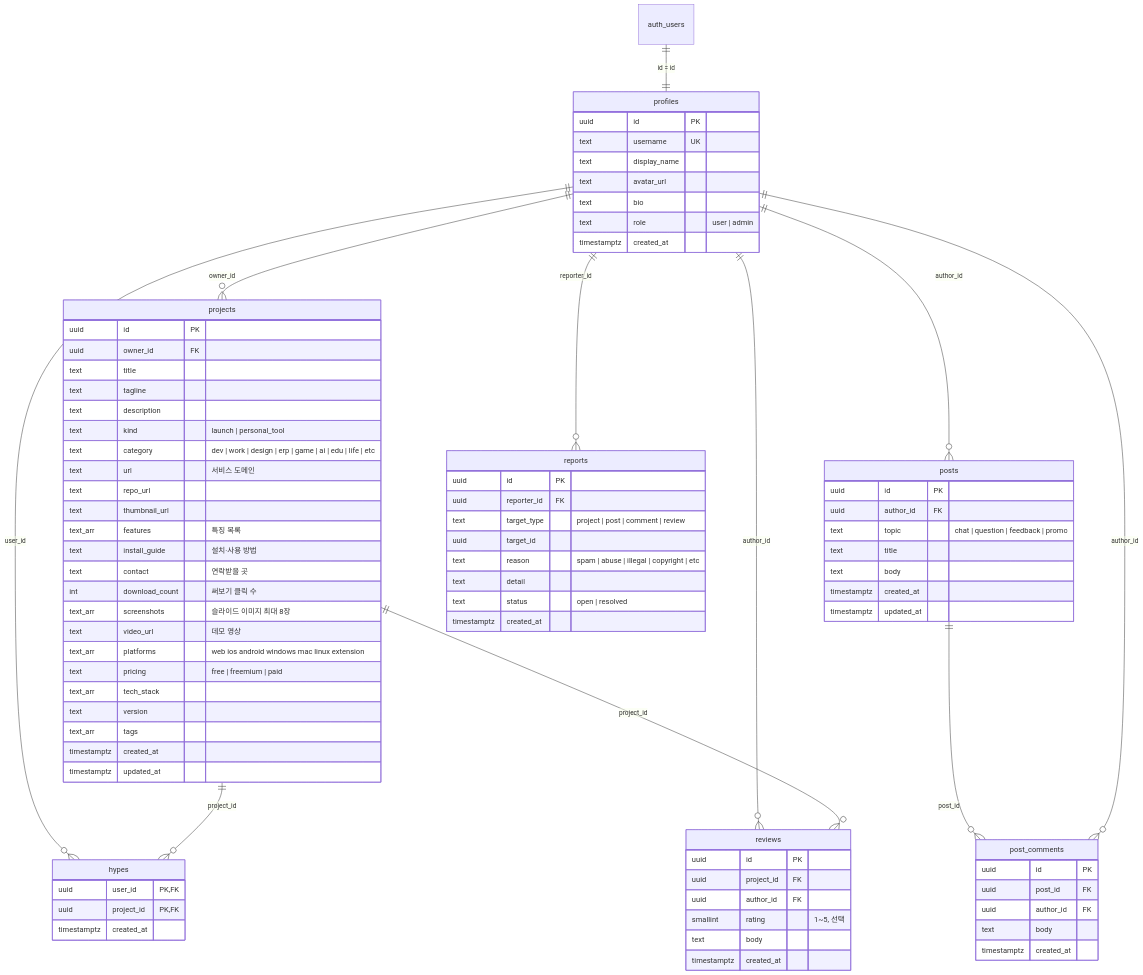
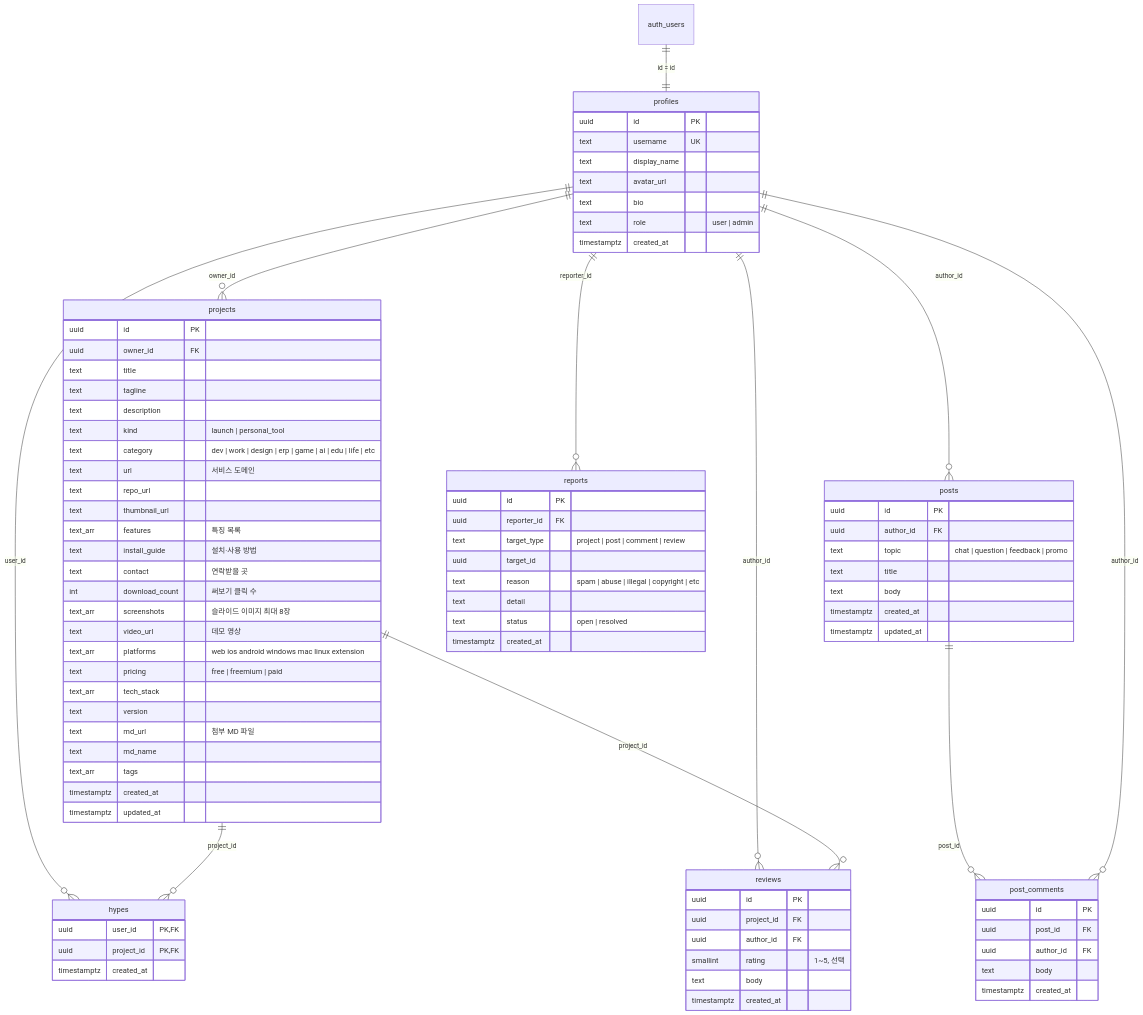
Before and after one commit to alsgotn-creator/buildforme: the diagram in docs/DATABASE.md, drawn with Mermaid. The commit also changed other lines of this file and 11 other files, not shown here.

```diff
--- a/docs/DATABASE.md
+++ b/docs/DATABASE.md
@@ -65,6 +65,8 @@
     text pricing "free | freemium | paid"
     text_arr tech_stack
     text version
+    text md_url "첨부 MD 파일"
+    text md_name
     text_arr tags
     timestamptz created_at
     timestamptz updated_at
```
